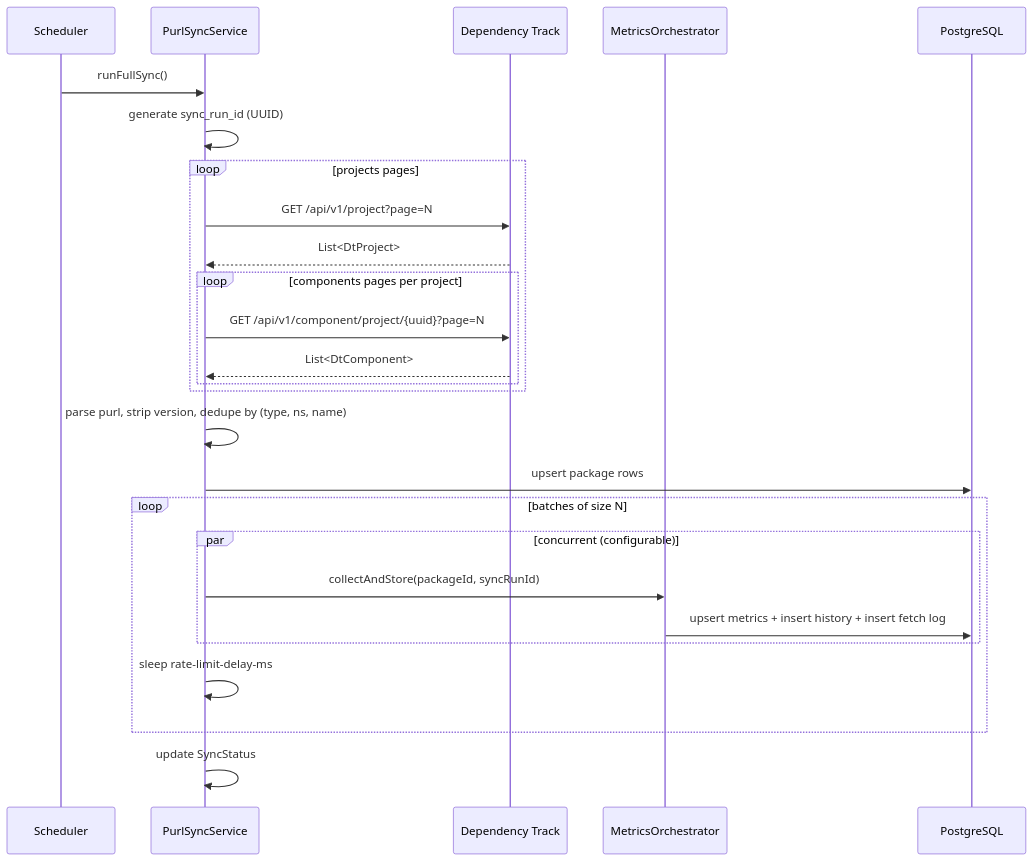
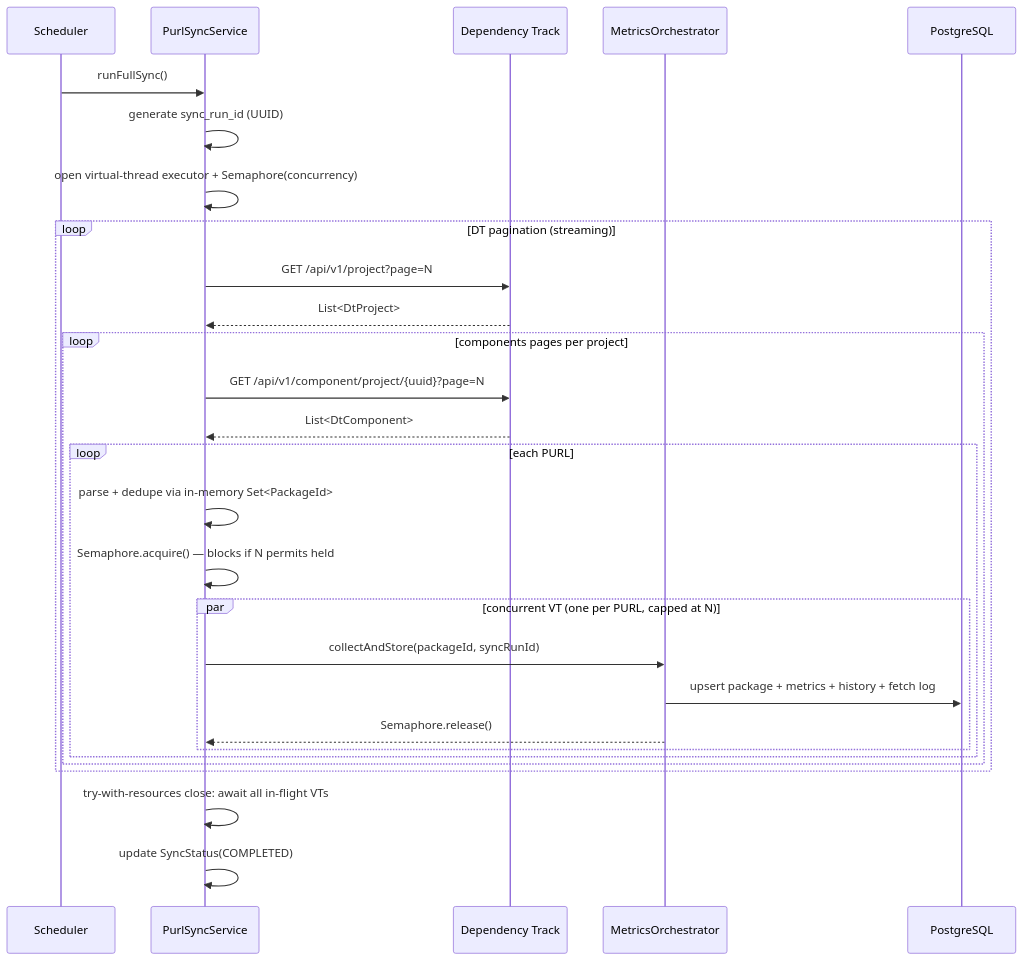
Before and after one commit to arikregev/operational-metrics: the fourth of 6 diagrams in ARCHITECTURE.md, drawn with Mermaid. The commit also changed other lines of this file and 7 other files, not shown here.

````diff
--- a/ARCHITECTURE.md
+++ b/ARCHITECTURE.md
@@ -251,33 +251,33 @@
 ```mermaid
 sequenceDiagram
     participant CRON as Scheduler
     participant SYNC as PurlSyncService
     participant DT as Dependency Track
     participant ORC as MetricsOrchestrator
     participant DB as PostgreSQL
 
     CRON->>SYNC: runFullSync()
     SYNC->>SYNC: generate sync_run_id (UUID)
+    SYNC->>SYNC: open virtual-thread executor + Semaphore(concurrency)
 
-    loop projects pages
+    loop DT pagination (streaming)
         SYNC->>DT: GET /api/v1/project?page=N
         DT-->>SYNC: List<DtProject>
         loop components pages per project
             SYNC->>DT: GET /api/v1/component/project/{uuid}?page=N
             DT-->>SYNC: List<DtComponent>
+            loop each PURL
+                SYNC->>SYNC: parse + dedupe via in-memory Set<PackageId>
+                SYNC->>SYNC: Semaphore.acquire() — blocks if N permits held
+                par concurrent VT (one per PURL, capped at N)
+                    SYNC->>ORC: collectAndStore(packageId, syncRunId)
+                    ORC->>DB: upsert package + metrics + history + fetch log
+                    ORC-->>SYNC: Semaphore.release()
+                end
+            end
         end
     end
 
-    SYNC->>SYNC: parse purl, strip version, dedupe by (type, ns, name)
-    SYNC->>DB: upsert package rows
-
-    loop batches of size N
-        par concurrent (configurable)
-            SYNC->>ORC: collectAndStore(packageId, syncRunId)
-            ORC->>DB: upsert metrics + insert history + insert fetch log
-        end
-        SYNC->>SYNC: sleep rate-limit-delay-ms
-    end
-
-    SYNC->>SYNC: update SyncStatus
+    SYNC->>SYNC: try-with-resources close: await all in-flight VTs
+    SYNC->>SYNC: update SyncStatus(COMPLETED)
 ```
````
